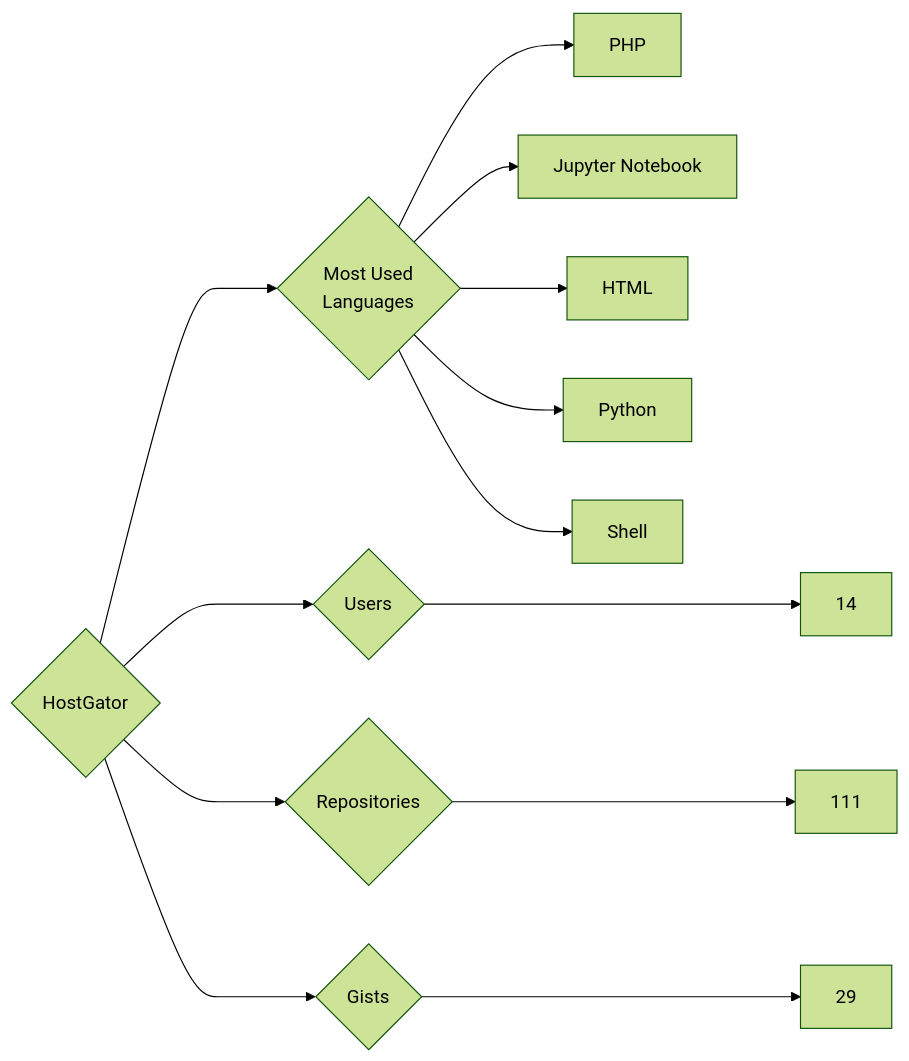
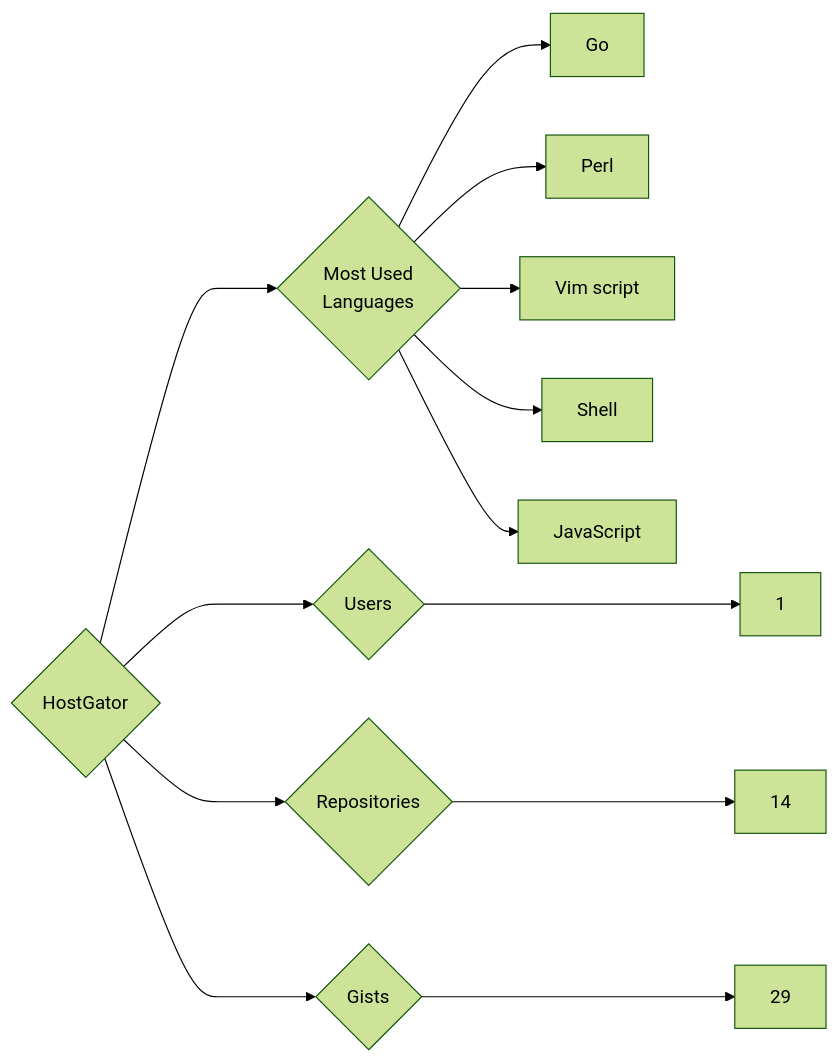
One commit to trickest/insiders changed the diagram in targets/HostGator/README.md. Above: the diagram before and after it, drawn with Mermaid (forest theme). The commit also changed 814 other files, not shown here.

````diff
--- a/targets/HostGator/README.md
+++ b/targets/HostGator/README.md
@@ -3,13 +3,13 @@
 ```mermaid
 graph LR
 COMPANY_NAME{HostGator}
-COMPANY_NAME ---> U{Users} ---> UN[14]
-COMPANY_NAME ---> R{Repositories} ---> RN[111]
+COMPANY_NAME ---> U{Users} ---> UN[1]
+COMPANY_NAME ---> R{Repositories} ---> RN[14]
 COMPANY_NAME ---> G{Gists} ---> GN[29]
 COMPANY_NAME ---> ML{Most Used<br>Languages}
-ML --> PHP[PHP]
-ML --> Jupyter_Notebook[Jupyter Notebook]
-ML --> HTML[HTML]
-ML --> Python[Python]
+ML --> Go[Go]
+ML --> Perl[Perl]
+ML --> Vim_script[Vim script]
 ML --> Shell[Shell]
+ML --> JavaScript[JavaScript]
 ```
````
